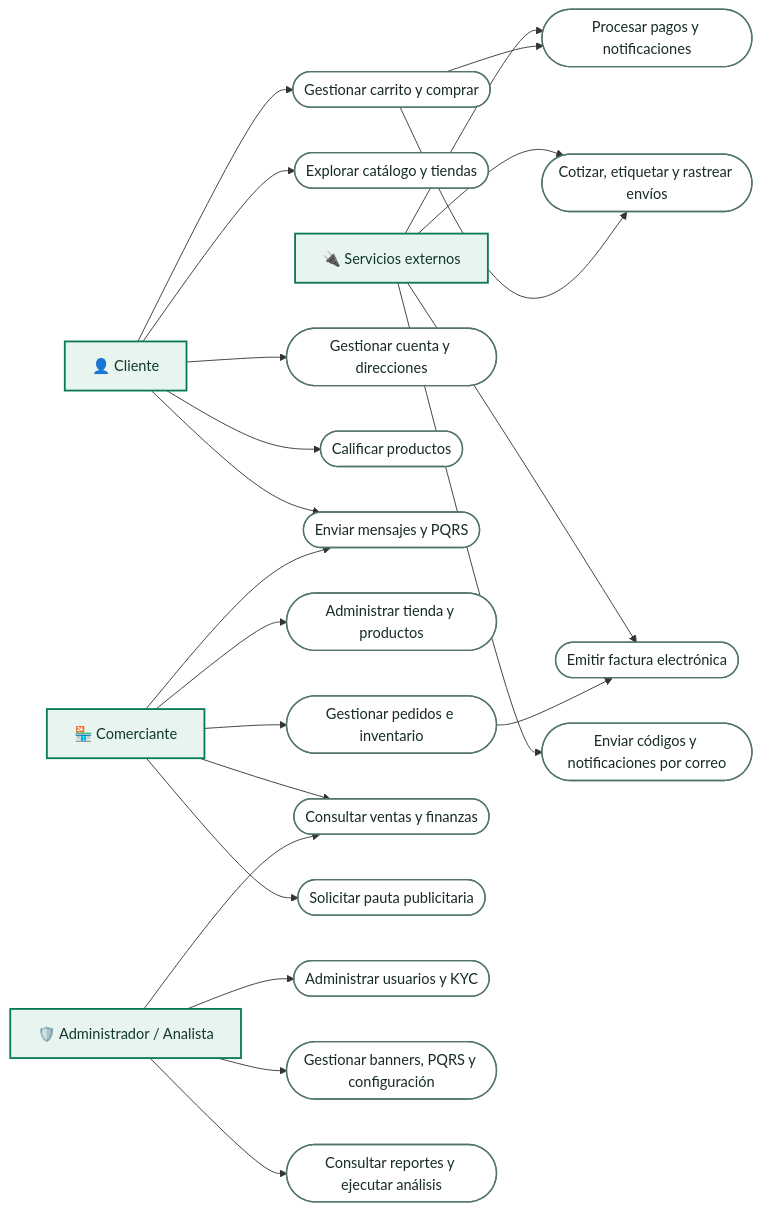
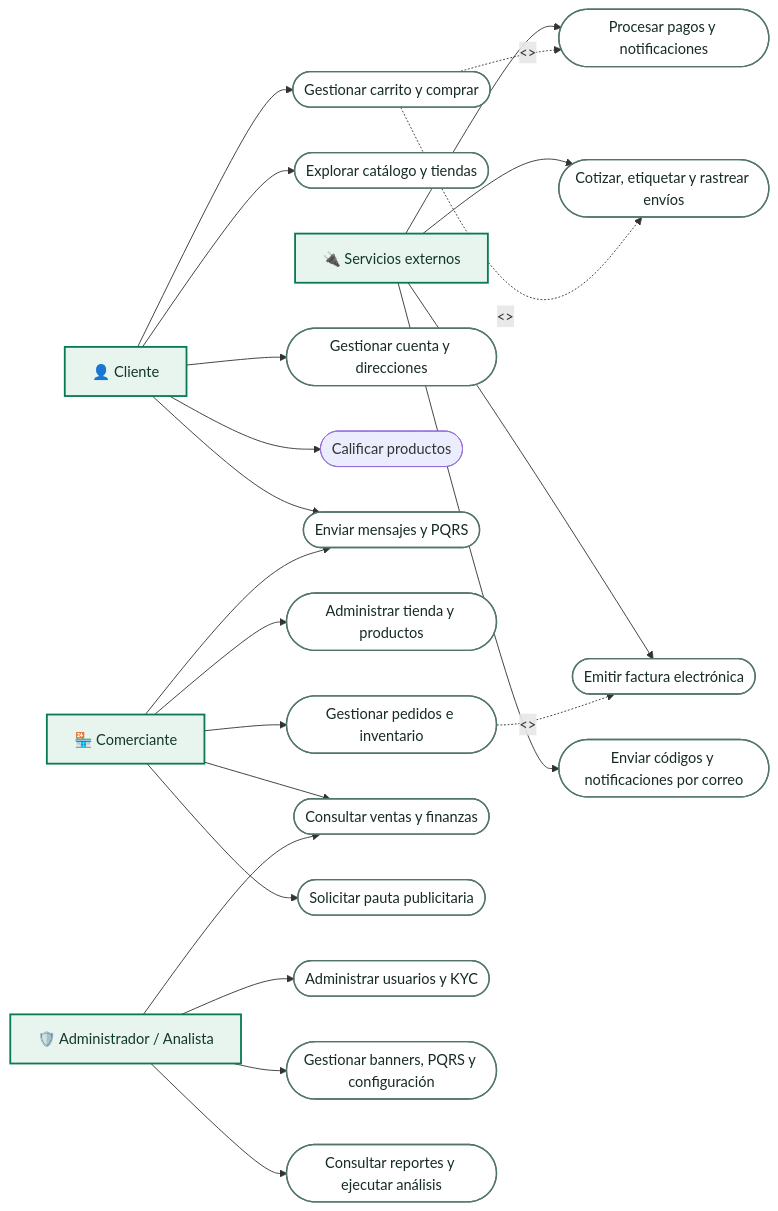
The diagram in docs/diagramas/casos-de-uso.mmd (Zantival/fusashop2), drawn with Mermaid before and after one commit. The commit also changed 8 other files, not shown here.

Commit message:
docs: replace diagram cards with connected models

```diff
--- a/docs/diagramas/casos-de-uso.mmd
+++ b/docs/diagramas/casos-de-uso.mmd
@@ -1,49 +1,49 @@
 flowchart LR
     consumidor["👤 Cliente"]
     comerciante["🏪 Comerciante"]
     admin["🛡️ Administrador / Analista"]
     proveedor["🔌 Servicios externos"]
 
     catalogo([Explorar catálogo y tiendas])
     compra([Gestionar carrito y comprar])
     cuenta([Gestionar cuenta y direcciones])
-    reseña([Calificar productos])
+    resena([Calificar productos])
     soporte([Enviar mensajes y PQRS])
     tienda([Administrar tienda y productos])
     ventas([Gestionar pedidos e inventario])
     reportes([Consultar ventas y finanzas])
     pauta([Solicitar pauta publicitaria])
     usuarios([Administrar usuarios y KYC])
     plataforma([Gestionar banners, PQRS y configuración])
     analitica([Consultar reportes y ejecutar análisis])
     pago([Procesar pagos y notificaciones])
     envio([Cotizar, etiquetar y rastrear envíos])
     factura([Emitir factura electrónica])
     correo([Enviar códigos y notificaciones por correo])
 
     consumidor --> catalogo
     consumidor --> compra
     consumidor --> cuenta
-    consumidor --> reseña
+    consumidor --> resena
     consumidor --> soporte
     comerciante --> tienda
     comerciante --> ventas
     comerciante --> reportes
     comerciante --> pauta
     comerciante --> soporte
     admin --> usuarios
     admin --> plataforma
     admin --> analitica
     admin --> reportes
     proveedor --> pago
     proveedor --> envio
     proveedor --> factura
     proveedor --> correo
-    compra --> pago
-    compra --> envio
-    ventas --> factura
+    compra -.->|<<include>>| pago
+    compra -.->|<<include>>| envio
+    ventas -.->|<<include>>| factura
 
     classDef actor fill:#e8f5ee,stroke:#087a54,stroke-width:2px,color:#12382b;
     classDef usecase fill:#ffffff,stroke:#52756a,stroke-width:1.5px,color:#172b26;
     class consumidor,comerciante,admin,proveedor actor;
     class catalogo,compra,cuenta,reseña,soporte,tienda,ventas,reportes,pauta,usuarios,plataforma,analitica,pago,envio,factura,correo usecase;
```
